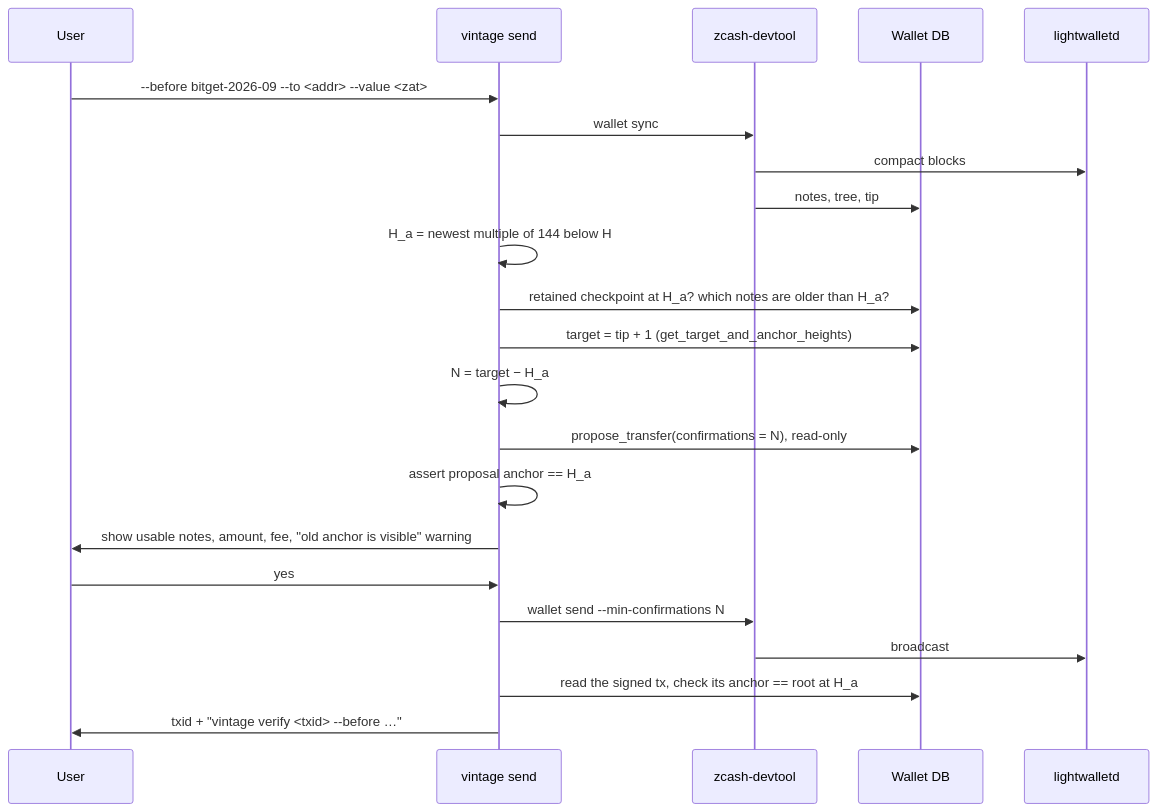
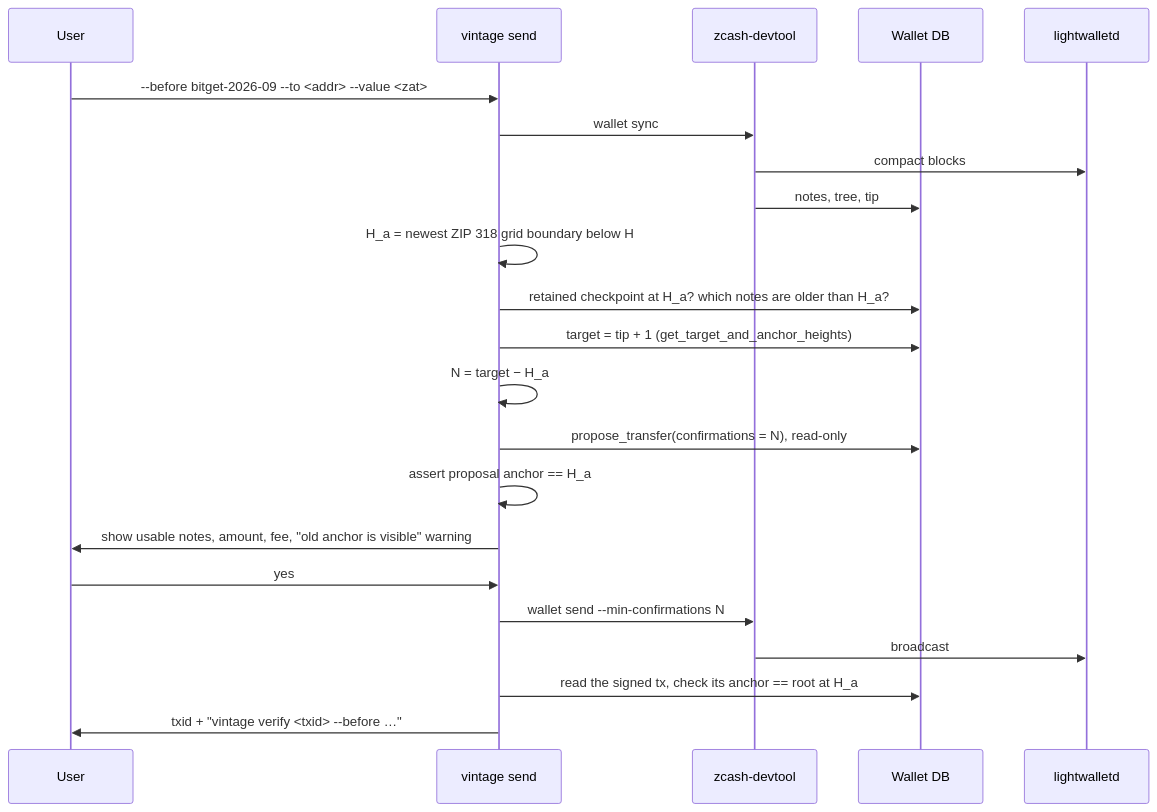
The third of 5 diagrams in docs/HOW_IT_WORKS.md (Samuel-Chuku/vintage), drawn with Mermaid before and after one commit. The commit also changed other lines of this file and 13 other files, not shown here.

````diff
--- a/docs/HOW_IT_WORKS.md
+++ b/docs/HOW_IT_WORKS.md
@@ -92,25 +92,25 @@
 ```mermaid
 sequenceDiagram
     participant U as User
     participant V as vintage send
     participant D as zcash-devtool
     participant W as Wallet DB
     participant N as lightwalletd
 
     U->>V: --before bitget-2026-09 --to <addr> --value <zat>
     V->>D: wallet sync
     D->>N: compact blocks
     D->>W: notes, tree, tip
-    V->>V: H_a = newest multiple of 144 below H
+    V->>V: H_a = newest ZIP 318 grid boundary below H
     V->>W: retained checkpoint at H_a? which notes are older than H_a?
     V->>W: target = tip + 1  (get_target_and_anchor_heights)
     V->>V: N = target − H_a
     V->>W: propose_transfer(confirmations = N), read-only
     V->>V: assert proposal anchor == H_a
     V->>U: show usable notes, amount, fee, "old anchor is visible" warning
     U->>V: yes
     V->>D: wallet send --min-confirmations N
     D->>N: broadcast
     V->>W: read the signed tx, check its anchor == root at H_a
     V->>U: txid + "vintage verify <txid> --before …"
 ```
````
